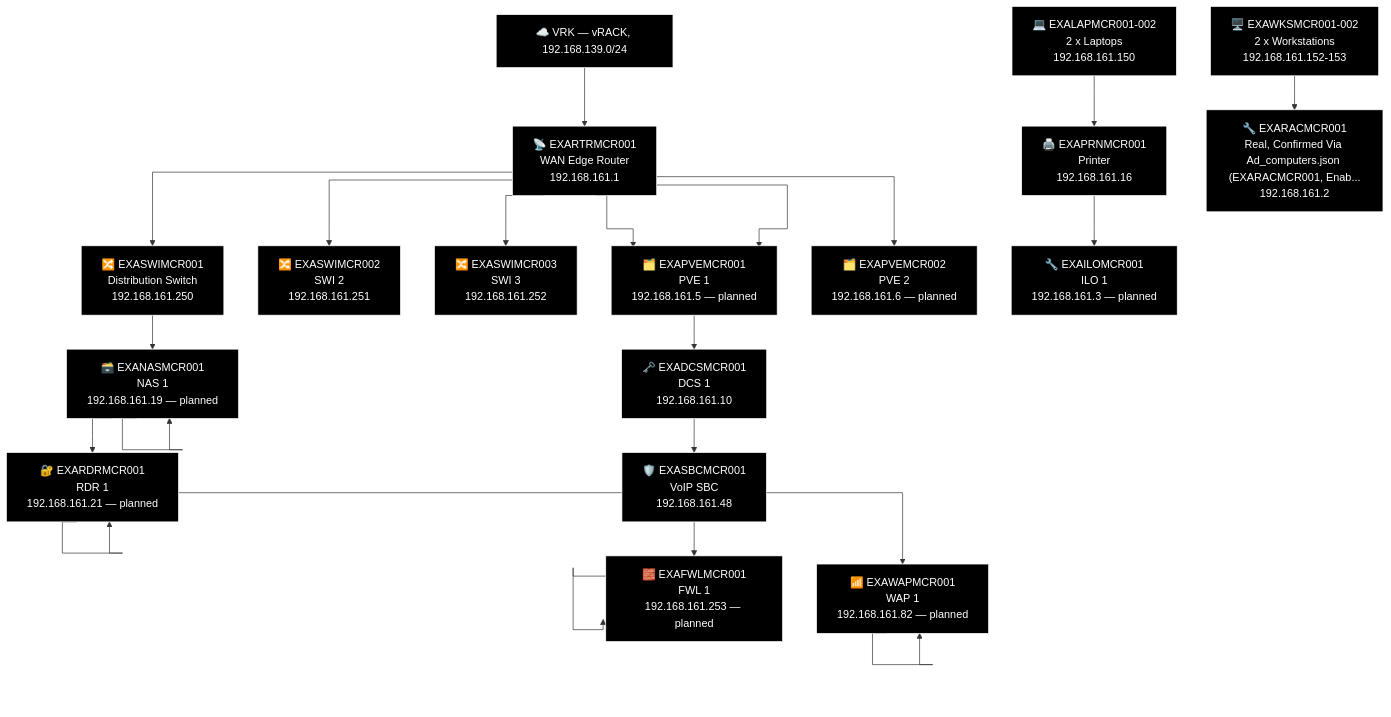
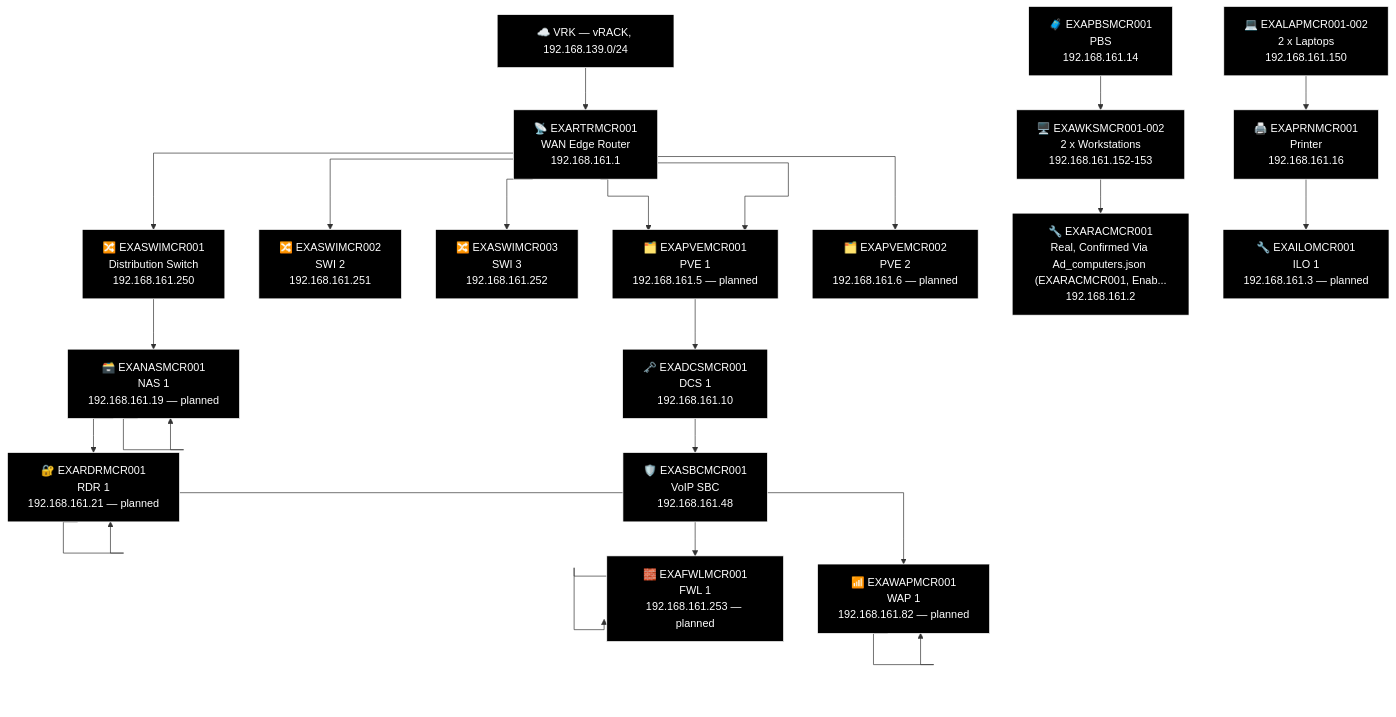
One commit to knightmare2600/example_music_infra changed the ninth of 27 diagrams in docs/network-diagram/england.md. Above: the diagram before and after it, drawn with Mermaid. The commit also changed other lines of this file and 14 other files, not shown here.

First line of the commit message:
docs/network-diagram: regenerate, every site was missing its PBS node

````diff
--- a/docs/network-diagram/england.md
+++ b/docs/network-diagram/england.md
@@ -471,63 +475,65 @@
 ```mermaid
 %% GENERATED:TOPOLOGY:MCR:START
 %%{init: {'flowchart': {'curve': 'stepAfter'}}}%%
 graph TD
     T_VRK["☁️ VRK — vRACK, 192.168.139.0/24"]
     T_RTR["📡 EXARTRMCR001<br/>WAN Edge Router<br/>192.168.161.1"]
     T_VRK --> T_RTR
     T_PVE["🗂️ EXAPVEMCR001<br/>PVE 1<br/>192.168.161.5"]
     T_RTR --> T_PVE
     T_SWI["🔀 EXASWIMCR002<br/>SWI 2<br/>192.168.161.251"]
     T_RTR --> T_SWI
     T_SWI2["🔀 EXASWIMCR003<br/>SWI 3<br/>192.168.161.252"]
     T_RTR --> T_SWI2
     T_SWI3["🔀 EXASWIMCR001<br/>Distribution Switch<br/>192.168.161.250"]
     T_RTR --> T_SWI3
     T_PVE["🗂️ EXAPVEMCR001<br/>PVE 1<br/>192.168.161.5 — planned"]
     T_RTR --> T_PVE
     T_PVE2["🗂️ EXAPVEMCR002<br/>PVE 2<br/>192.168.161.6 — planned"]
     T_RTR --> T_PVE2
     T_NAS["🗃️ EXANASMCR001<br/>NAS<br/>192.168.161.19"]
     T_NAS["🗃️ EXANASMCR001<br/>NAS 1<br/>192.168.161.19 — planned"]
     T_RDR["🔐 EXARDRMCR001<br/>RDR<br/>192.168.161.21"]
     T_RDR["🔐 EXARDRMCR001<br/>RDR 1<br/>192.168.161.21 — planned"]
     T_WAP["📶 EXAWAPMCR001<br/>WAP 1<br/>192.168.161.82"]
     T_WAP["📶 EXAWAPMCR001<br/>WAP 1<br/>192.168.161.82 — planned"]
     T_SWI3 --> T_NAS --> T_NAS --> T_RDR --> T_RDR --> T_WAP --> T_WAP
     T_DCS["🗝️ EXADCSMCR001<br/>DCS 1<br/>192.168.161.10"]
     T_SBC["🛡️ EXASBCMCR001<br/>VoIP SBC<br/>192.168.161.48"]
     T_FWL["🧱 EXAFWLMCR001<br/>LAN Face<br/>192.168.161.253"]
     T_FWL["🧱 EXAFWLMCR001<br/>FWL 1<br/>192.168.161.253 — planned"]
     T_PVE --> T_DCS --> T_SBC --> T_FWL --> T_FWL
+    T_PBS["🧳 EXAPBSMCR001<br/>PBS<br/>192.168.161.14"]
     T_OTH_LAP["💻 EXALAPMCR001-002<br/>2 x Laptops<br/>192.168.161.150"]
     T_OTH_WKS["🖥️ EXAWKSMCR001-002<br/>2 x Workstations<br/>192.168.161.152-153"]
     T_PRN["🖨️ EXAPRNMCR001<br/>Printer<br/>192.168.161.16"]
     T_RAC["🔧 EXARACMCR001<br/>Real, Confirmed Via Ad_computers.json (EXARACMCR001, Enab...<br/>192.168.161.2"]
     T_ILO["🔧 EXAILOMCR001<br/>ILO 1<br/>192.168.161.3 — planned"]
+    T_PBS --> T_OTH_WKS --> T_RAC
     T_OTH_LAP --> T_PRN --> T_ILO
-    T_OTH_WKS --> T_RAC
     style T_VRK fill:#000000,stroke:#FFFFFF,color:#FFFFFF
     style T_RTR fill:#000000,stroke:#FFFFFF,color:#FFFFFF
     style T_PVE fill:#000000,stroke:#FFFFFF,color:#FFFFFF
     style T_SWI fill:#000000,stroke:#FFFFFF,color:#FFFFFF
     style T_SWI2 fill:#000000,stroke:#FFFFFF,color:#FFFFFF
     style T_SWI3 fill:#000000,stroke:#FFFFFF,color:#FFFFFF
     style T_PVE fill:#000000,stroke:#FFFFFF,color:#FFFFFF
     style T_PVE2 fill:#000000,stroke:#FFFFFF,color:#FFFFFF
     style T_NAS fill:#000000,stroke:#FFFFFF,color:#FFFFFF
     style T_NAS fill:#000000,stroke:#FFFFFF,color:#FFFFFF
     style T_RDR fill:#000000,stroke:#FFFFFF,color:#FFFFFF
     style T_RDR fill:#000000,stroke:#FFFFFF,color:#FFFFFF
     style T_WAP fill:#000000,stroke:#FFFFFF,color:#FFFFFF
     style T_WAP fill:#000000,stroke:#FFFFFF,color:#FFFFFF
     style T_DCS fill:#000000,stroke:#FFFFFF,color:#FFFFFF
     style T_SBC fill:#000000,stroke:#FFFFFF,color:#FFFFFF
     style T_FWL fill:#000000,stroke:#FFFFFF,color:#FFFFFF
     style T_FWL fill:#000000,stroke:#FFFFFF,color:#FFFFFF
+    style T_PBS fill:#000000,stroke:#FFFFFF,color:#FFFFFF
     style T_OTH_LAP fill:#000000,stroke:#FFFFFF,color:#FFFFFF
     style T_OTH_WKS fill:#000000,stroke:#FFFFFF,color:#FFFFFF
     style T_PRN fill:#000000,stroke:#FFFFFF,color:#FFFFFF
     style T_RAC fill:#000000,stroke:#FFFFFF,color:#FFFFFF
     style T_ILO fill:#000000,stroke:#FFFFFF,color:#FFFFFF
 %% GENERATED:TOPOLOGY:MCR:END
 ```
````
